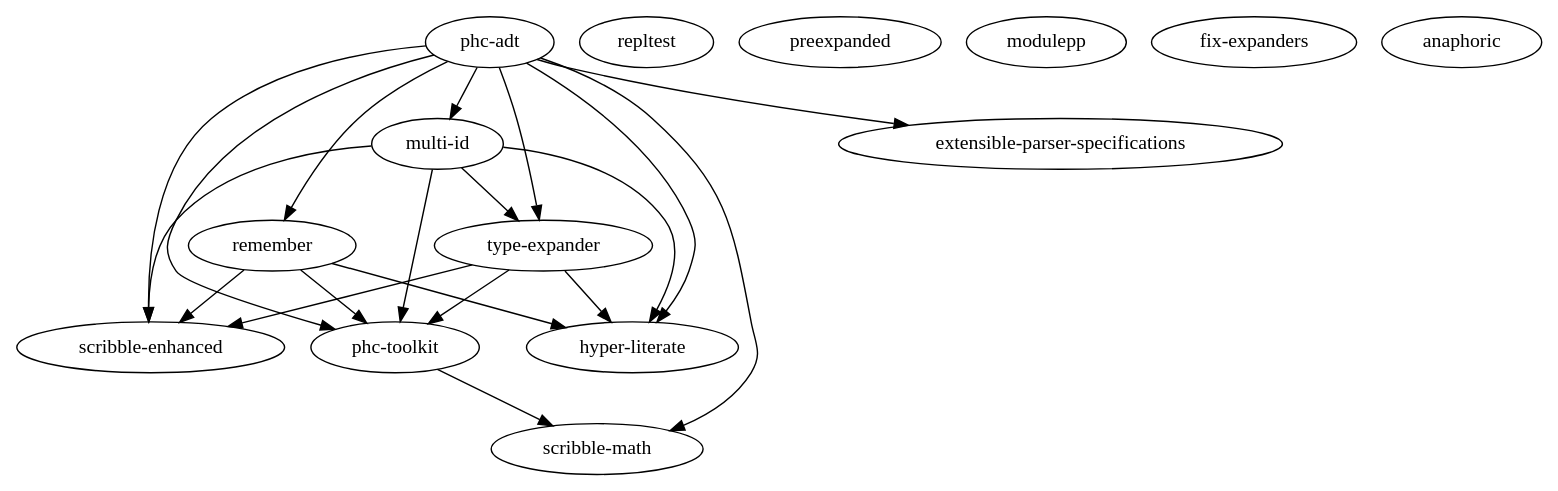
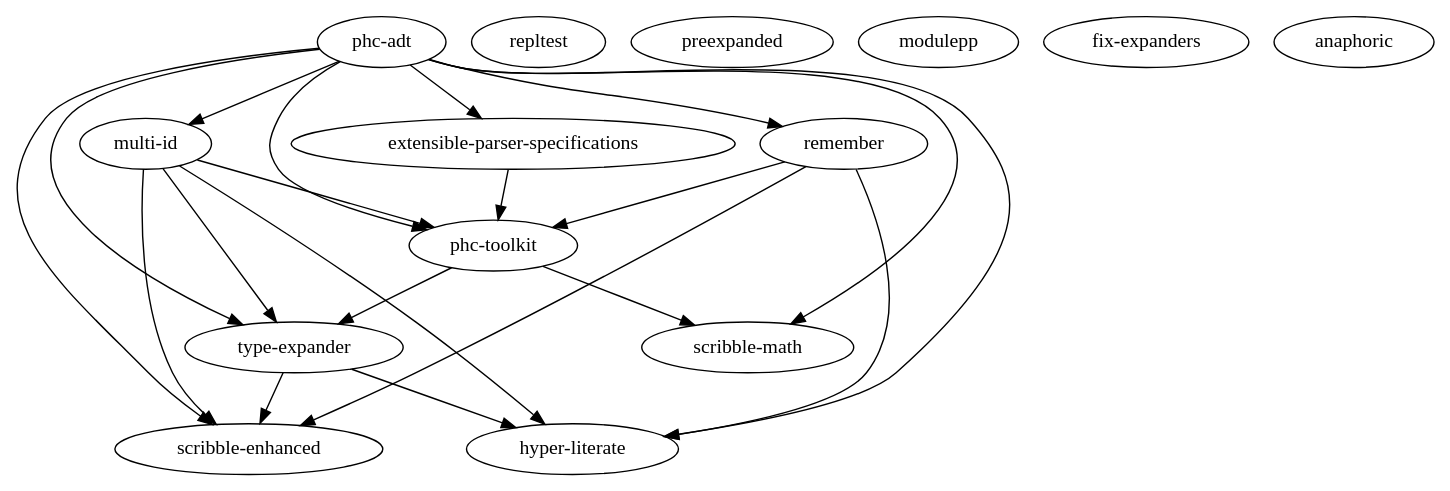
One commit to SuzanneSoy/my-racket-packages changed the diagram in packages.dot. Above: the diagram before and after it, drawn with Graphviz.

Commit message:
Updated dependencies after removing the dependency of type-expander on phc-toolkit, and using type-expander in check-equal?: and co.

```diff
--- a/packages.dot
+++ b/packages.dot
@@ -1,30 +1,30 @@
 digraph packages {
-  "type-expander" -> "phc-toolkit"
   "type-expander" -> "hyper-literate"
   "type-expander" -> "scribble-enhanced"
   "scribble-enhanced"
   "repltest"
   "remember" -> "phc-toolkit"
   "remember" -> "hyper-literate"
   "remember" -> "scribble-enhanced"
   "preexpanded"
   "phc-toolkit" -> "scribble-math"
+  "phc-toolkit" -> "type-expander"
   "phc-adt" -> "remember"
   "phc-adt" -> "phc-toolkit"
   "phc-adt" -> "hyper-literate"
   "phc-adt" -> "multi-id"
   "phc-adt" -> "type-expander"
   "phc-adt" -> "scribble-math"
   "phc-adt" -> "scribble-enhanced"
   "phc-adt" -> "extensible-parser-specifications"
   "multi-id" -> "phc-toolkit"
   "multi-id" -> "type-expander"
   "multi-id" -> "scribble-enhanced"
   "multi-id" -> "hyper-literate"
   "modulepp"
   "hyper-literate"
   "fix-expanders"
   "anaphoric"
   "scribble-math"
-  "extensible-parser-specifications"
+  "extensible-parser-specifications" -> "phc-toolkit"
 }
```
